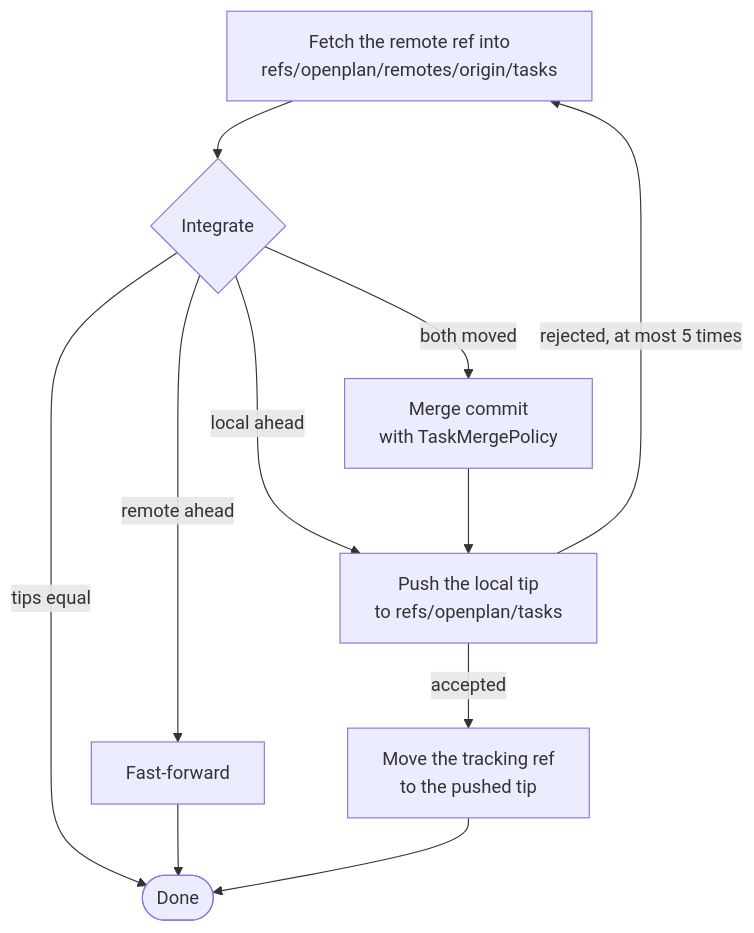
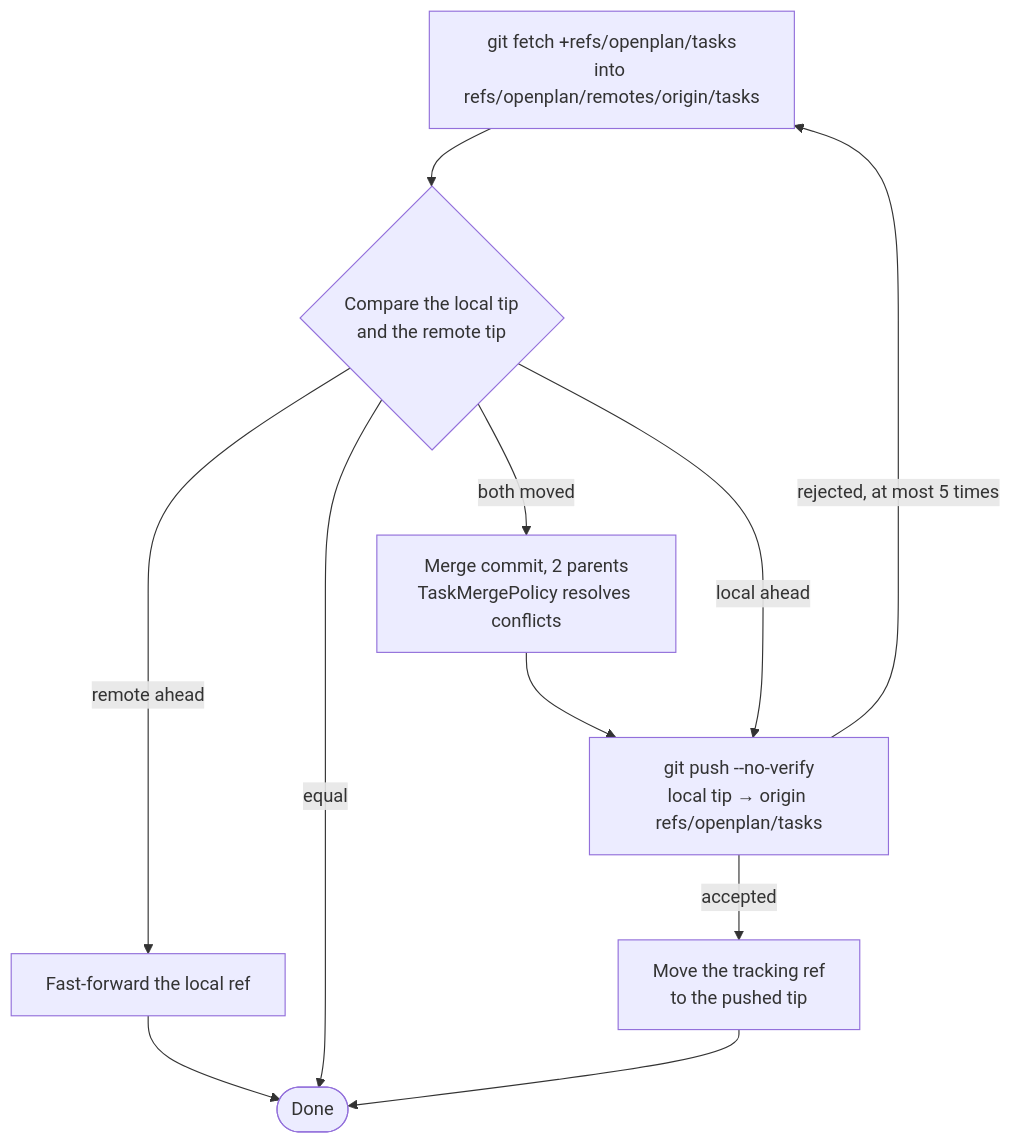
The fourth of 6 diagrams in docs/storage-and-sync.md (sukovanej/openplan), drawn with Mermaid before and after one commit. The commit also changed other lines of this file, not shown here.

````diff
--- a/docs/storage-and-sync.md
+++ b/docs/storage-and-sync.md
@@ -66,20 +59,17 @@
 ```mermaid
 flowchart TD
-  fetch["Fetch the remote ref into<br/>refs/openplan/remotes/origin/tasks"]
-  integrate{"Integrate"}
-  ff["Fast-forward"]
-  merge["Merge commit<br/>with TaskMergePolicy"]
-  push["Push the local tip<br/>to refs/openplan/tasks"]
+  fetch["git fetch +refs/openplan/tasks<br/>into refs/openplan/remotes/origin/tasks"]
+  integrate{"Compare the local tip<br/>and the remote tip"}
+  ff["Fast-forward the local ref"]
+  merge["Merge commit, 2 parents<br/>TaskMergePolicy resolves conflicts"]
+  push["git push --no-verify<br/>local tip → origin refs/openplan/tasks"]
   record["Move the tracking ref<br/>to the pushed tip"]
   done(["Done"])
   fetch --> integrate
-  integrate -- "remote ahead" --> ff
-  integrate -- "both moved" --> merge
+  integrate -- "remote ahead" --> ff --> done
+  integrate -- "both moved" --> merge --> push
   integrate -- "local ahead" --> push
-  integrate -- "tips equal" --> done
-  ff --> done
-  merge --> push
-  push -- "accepted" --> record
+  integrate -- "equal" --> done
+  push -- accepted --> record --> done
   push -- "rejected, at most 5 times" --> fetch
-  record --> done
 ```
````
